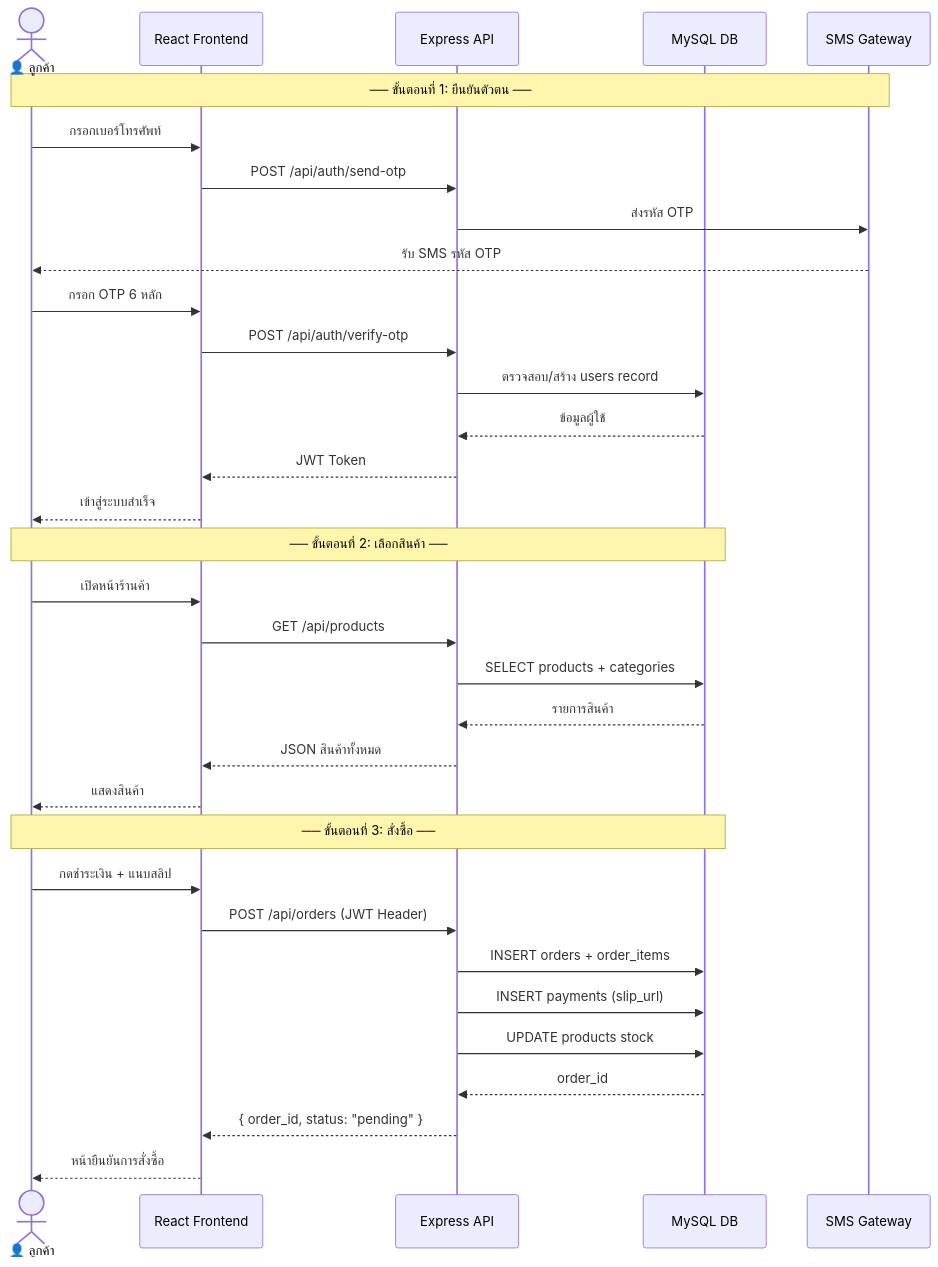
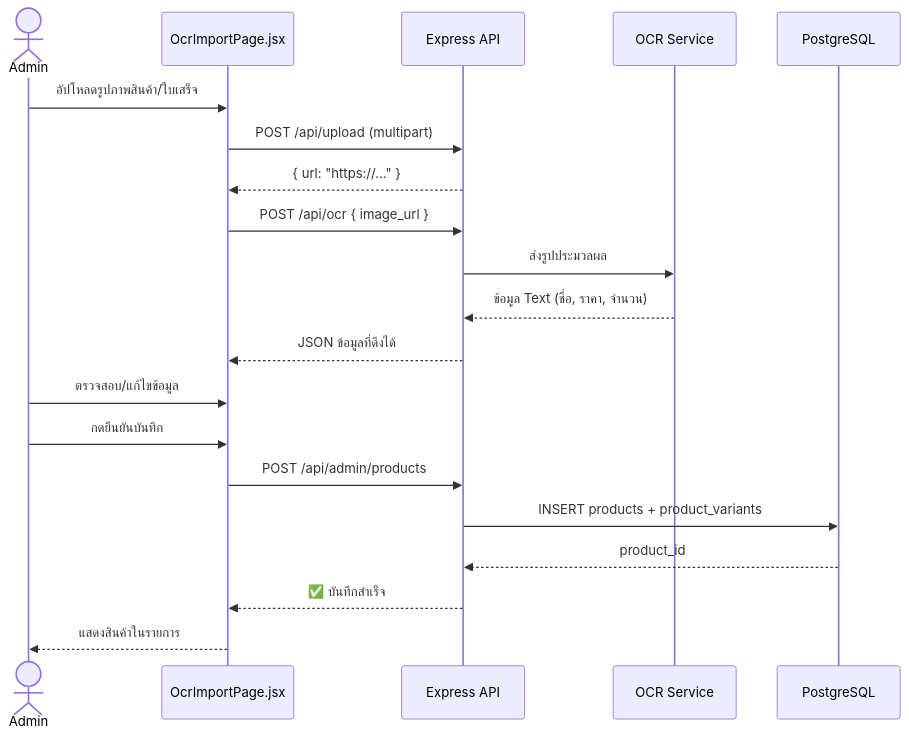
One commit to max5745/chambot2 changed the tenth of 23 diagrams in FLOWCHARTS.md. Above: the diagram before and after it, drawn with Mermaid. The commit also changed other lines of this file and 36 other files, not shown here.

````diff
--- a/FLOWCHARTS.md
+++ b/FLOWCHARTS.md
@@ -222,38 +303,25 @@
 ```mermaid
 sequenceDiagram
-    actor Customer as 👤 ลูกค้า
-    participant FE as React Frontend
+    actor Admin
+    participant FE as OcrImportPage.jsx
     participant API as Express API
-    participant DB as MySQL DB
-    participant SMS as SMS Gateway
+    participant OCR as OCR Service
+    participant DB as PostgreSQL
 
-    Note over Customer,SMS: ── ขั้นตอนที่ 1: ยืนยันตัวตน ──
-    Customer->>FE: กรอกเบอร์โทรศัพท์
-    FE->>API: POST /api/auth/send-otp
-    API->>SMS: ส่งรหัส OTP
-    SMS-->>Customer: รับ SMS รหัส OTP
-    Customer->>FE: กรอก OTP 6 หลัก
-    FE->>API: POST /api/auth/verify-otp
-    API->>DB: ตรวจสอบ/สร้าง users record
-    DB-->>API: ข้อมูลผู้ใช้
-    API-->>FE: JWT Token
-    FE-->>Customer: เข้าสู่ระบบสำเร็จ
+    Admin->>FE: อัปโหลดรูปภาพสินค้า/ใบเสร็จ
+    FE->>API: POST /api/upload (multipart)
+    API-->>FE: { url: "https://..." }
 
-    Note over Customer,DB: ── ขั้นตอนที่ 2: เลือกสินค้า ──
-    Customer->>FE: เปิดหน้าร้านค้า
-    FE->>API: GET /api/products
-    API->>DB: SELECT products + categories
-    DB-->>API: รายการสินค้า
-    API-->>FE: JSON สินค้าทั้งหมด
-    FE-->>Customer: แสดงสินค้า
+    FE->>API: POST /api/ocr { image_url }
+    API->>OCR: ส่งรูปประมวลผล
+    OCR-->>API: ข้อมูล Text (ชื่อ, ราคา, จำนวน)
+    API-->>FE: JSON ข้อมูลที่ดึงได้
 
-    Note over Customer,DB: ── ขั้นตอนที่ 3: สั่งซื้อ ──
-    Customer->>FE: กดชำระเงิน + แนบสลิป
-    FE->>API: POST /api/orders (JWT Header)
-    API->>DB: INSERT orders + order_items
-    API->>DB: INSERT payments (slip_url)
-    API->>DB: UPDATE products stock
-    DB-->>API: order_id
-    API-->>FE: { order_id, status: "pending" }
-    FE-->>Customer: หน้ายืนยันการสั่งซื้อ
+    Admin->>FE: ตรวจสอบ/แก้ไขข้อมูล
+    Admin->>FE: กดยืนยันบันทึก
+    FE->>API: POST /api/admin/products
+    API->>DB: INSERT products + product_variants
+    DB-->>API: product_id
+    API-->>FE: ✅ บันทึกสำเร็จ
+    FE-->>Admin: แสดงสินค้าในรายการ
 ```
````
